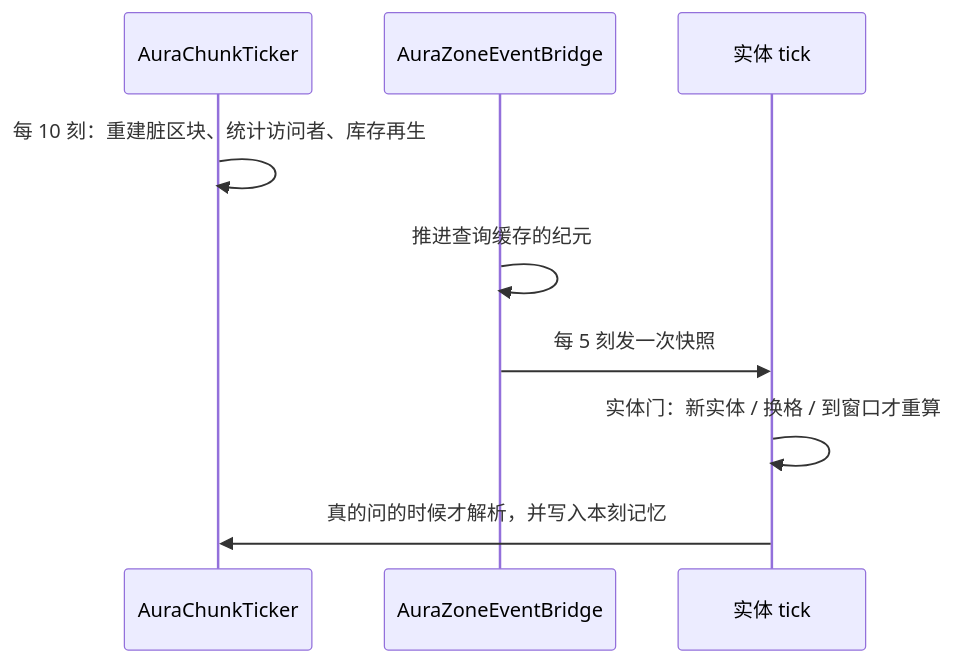
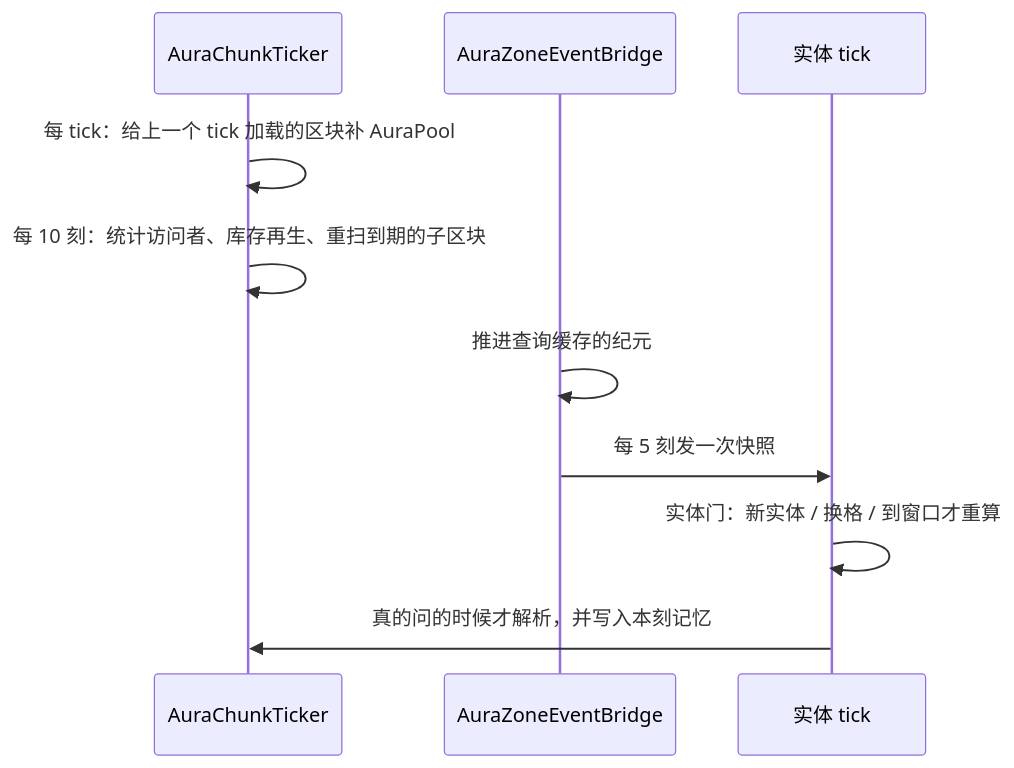
The third of 3 diagrams in docs/technical/aura.md (IAFEnvoy/mxt-docs), drawn with Mermaid before and after one commit. The commit also changed other lines of this file and 53 other files, not shown here.

````diff
--- a/docs/technical/aura.md
+++ b/docs/technical/aura.md
@@ -149,11 +192,12 @@
 ```mermaid
 sequenceDiagram
     participant T as AuraChunkTicker
     participant B as AuraZoneEventBridge
     participant G as 实体 tick
-    T->>T: 每 10 刻：重建脏区块、统计访问者、库存再生
+    T->>T: 每 tick：给上一个 tick 加载的区块补 AuraPool
+    T->>T: 每 10 刻：统计访问者、库存再生、重扫到期的子区块
     B->>B: 推进查询缓存的纪元
     B->>G: 每 5 刻发一次快照
     G->>G: 实体门：新实体 / 换格 / 到窗口才重算
     G->>T: 真的问的时候才解析，并写入本刻记忆
 ```
````
